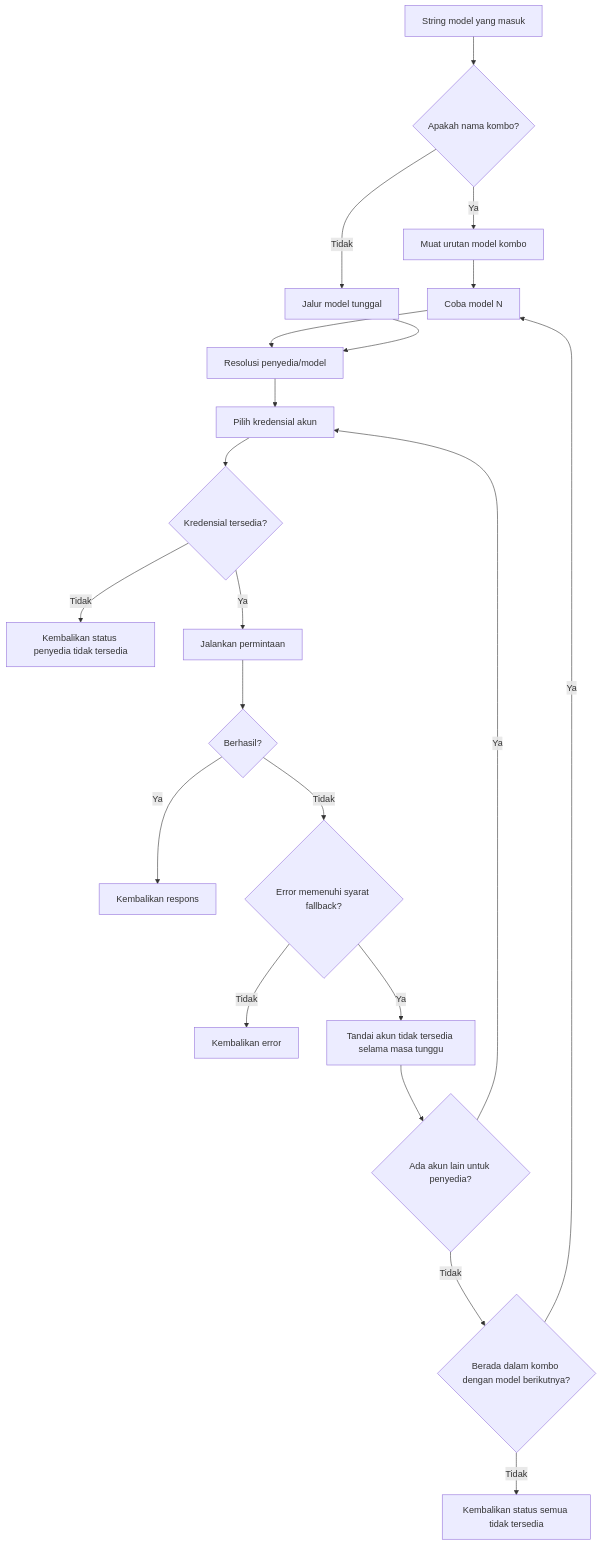
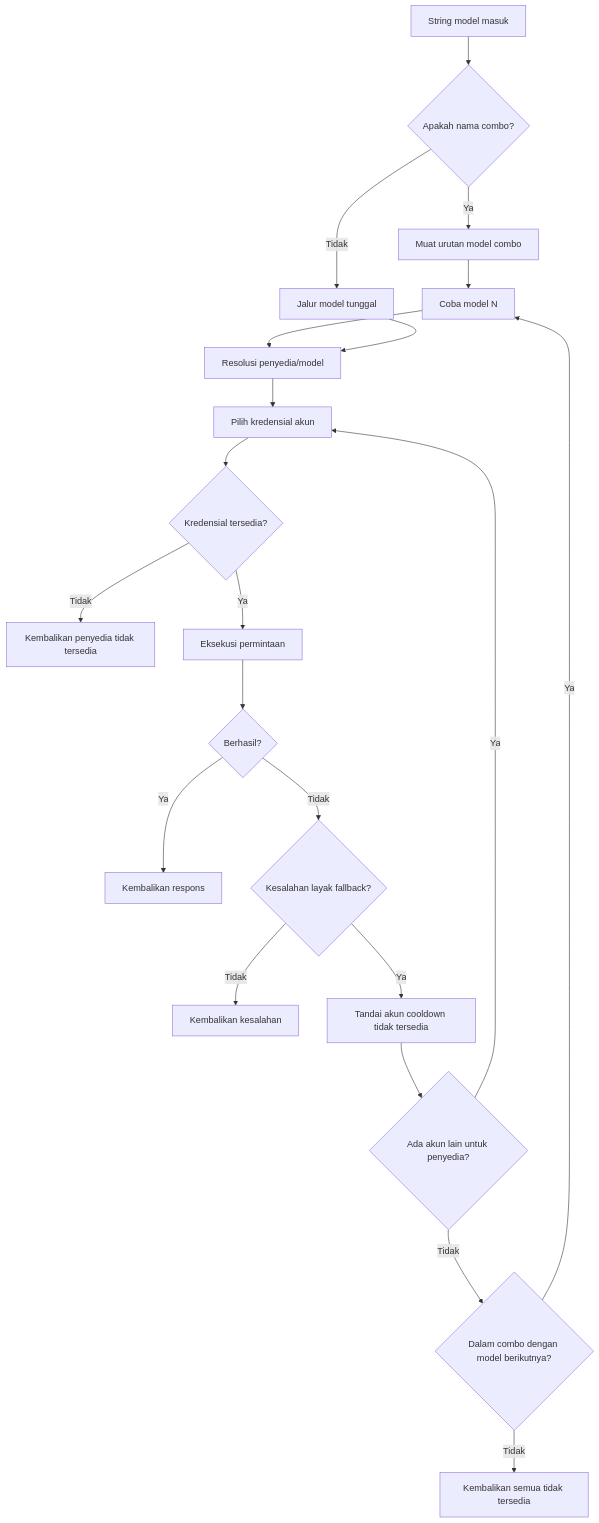
One commit to niyatna/NiyatnaRoute changed the third of 7 diagrams in docs/i18n/id/docs/architecture/ARCHITECTURE.md. Above: the diagram before and after it, drawn with Mermaid. The commit also changed other lines of this file and 2447 other files, not shown here.

````diff
--- a/docs/i18n/id/docs/architecture/ARCHITECTURE.md
+++ b/docs/i18n/id/docs/architecture/ARCHITECTURE.md
@@ -603,27 +377,27 @@
 ```mermaid
 flowchart TD
-    A[String model yang masuk] --> B{Apakah nama kombo?}
-    B -- Ya --> C[Muat urutan model kombo]
+    A[String model masuk] --> B{Apakah nama combo?}
+    B -- Ya --> C[Muat urutan model combo]
     B -- Tidak --> D[Jalur model tunggal]
 
     C --> E[Coba model N]
     E --> F[Resolusi penyedia/model]
     D --> F
 
     F --> G[Pilih kredensial akun]
     G --> H{Kredensial tersedia?}
-    H -- Tidak --> I[Kembalikan status penyedia tidak tersedia]
-    H -- Ya --> J[Jalankan permintaan]
+    H -- Tidak --> I[Kembalikan penyedia tidak tersedia]
+    H -- Ya --> J[Eksekusi permintaan]
 
     J --> K{Berhasil?}
     K -- Ya --> L[Kembalikan respons]
-    K -- Tidak --> M{Error memenuhi syarat fallback?}
+    K -- Tidak --> M{Kesalahan layak fallback?}
 
-    M -- Tidak --> N[Kembalikan error]
-    M -- Ya --> O[Tandai akun tidak tersedia selama masa tunggu]
+    M -- Tidak --> N[Kembalikan kesalahan]
+    M -- Ya --> O[Tandai akun cooldown tidak tersedia]
     O --> P{Ada akun lain untuk penyedia?}
     P -- Ya --> G
-    P -- Tidak --> Q{Berada dalam kombo dengan model berikutnya?}
+    P -- Tidak --> Q{Dalam combo dengan model berikutnya?}
     Q -- Ya --> E
-    Q -- Tidak --> R[Kembalikan status semua tidak tersedia]
+    Q -- Tidak --> R[Kembalikan semua tidak tersedia]
 ```
````
